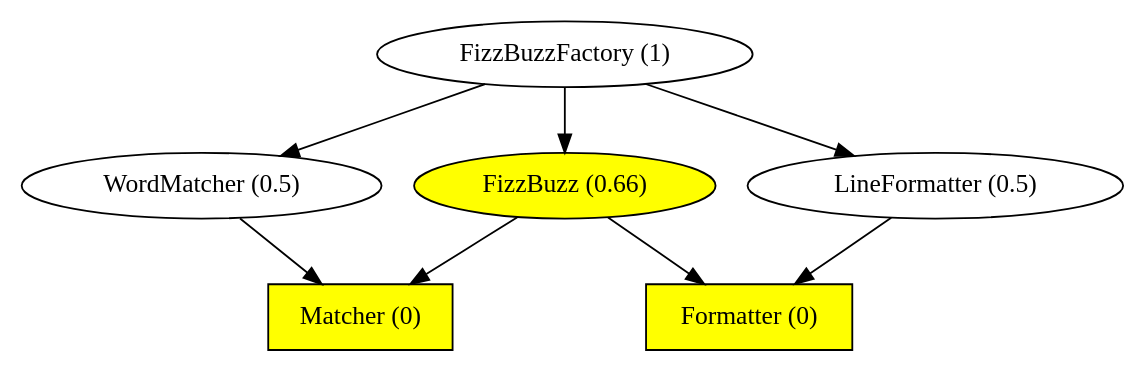
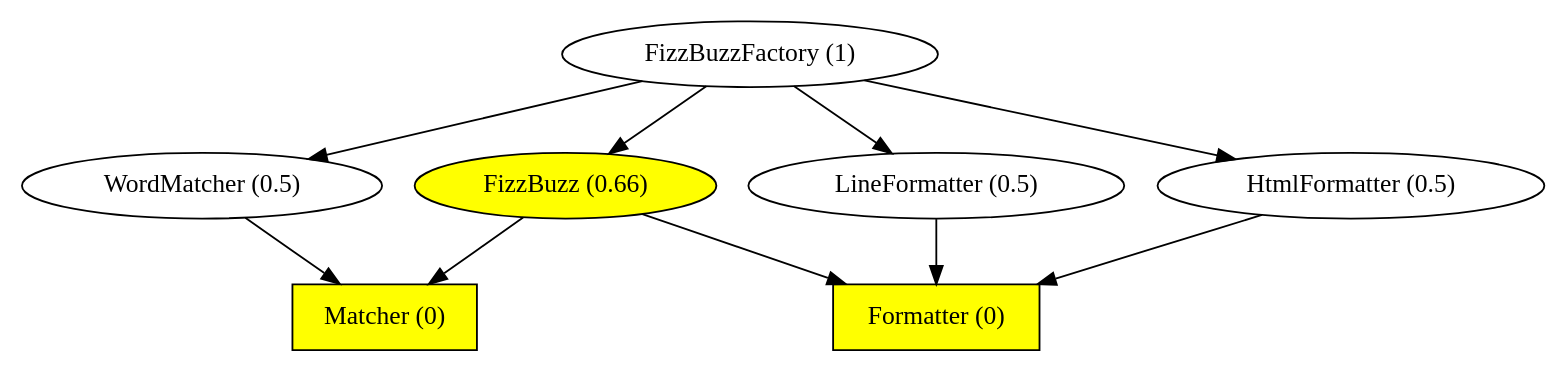
The diagram in dependencies.dot (Mojility/Coaching-Cohesion-PHP-FizzBuzz), drawn with Graphviz before and after one commit. The commit also changed 10 other files, not shown here.

```diff
--- a/dependencies.dot
+++ b/dependencies.dot
@@ -1,24 +1,27 @@
 digraph {
 
 	Matcher[label="Matcher (0)",fillcolor="yellow",style="filled",shape="rect"];
 	WordMatcher[label="WordMatcher (0.5)",fillcolor="white",style="filled",shape="ellipse"];
 
 	WordMatcher -> Matcher
 
 	Formatter[label="Formatter (0)",fillcolor="yellow",style="filled",shape="rect"];
 	LineFormatter[label="LineFormatter (0.5)",fillcolor="white",style="filled",shape="ellipse"];
+	HtmlFormatter[label="HtmlFormatter (0.5)",fillcolor="white",style="filled",shape="ellipse"];
 
 	LineFormatter -> Formatter
+	HtmlFormatter -> Formatter
 
 	FizzBuzz[label="FizzBuzz (0.66)",fillcolor="yellow",style="filled",shape="ellipse"];
 
 	FizzBuzz -> Matcher;
 	FizzBuzz -> Formatter;
 
 	FizzBuzzFactory[label="FizzBuzzFactory (1)",fillcolor="white",style="filled",shape="ellipse"];
 
 	FizzBuzzFactory -> FizzBuzz;
 	FizzBuzzFactory -> LineFormatter;
+	FizzBuzzFactory -> HtmlFormatter;
 	FizzBuzzFactory -> WordMatcher;
 
 }
```
